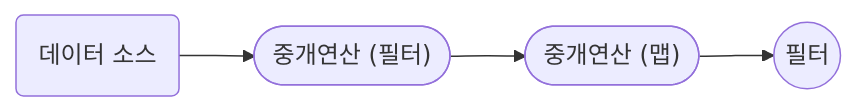
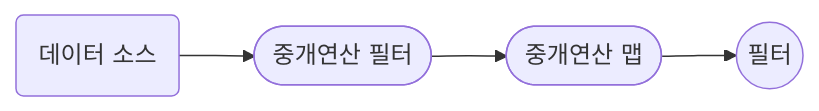
Before and after one commit to sangwon0724/sangwon0724.github.io: the diagram in _posts/Java/Java/2023-12-21-java-042.markdown, drawn with Mermaid.

```diff
--- a/_posts/Java/Java/2023-12-21-java-042.markdown
+++ b/_posts/Java/Java/2023-12-21-java-042.markdown
@@ -40,6 +40,6 @@
 <div class="mermaid">
 flowchart LR
-    id1(데이터 소스) --> id2(["중개연산 (필터)"])
-    id2(["중개연산 (필터)"]) --> id3(["중개연산 (맵)"])
-    id3(["중개연산 (맵)"]) --> id4((필터))
+    id1(데이터 소스) --> id2(["중개연산 필터"])
+    id2(["중개연산 필터"]) --> id3(["중개연산 맵"])
+    id3(["중개연산 맵"]) --> id4((필터))
 </div>
```
